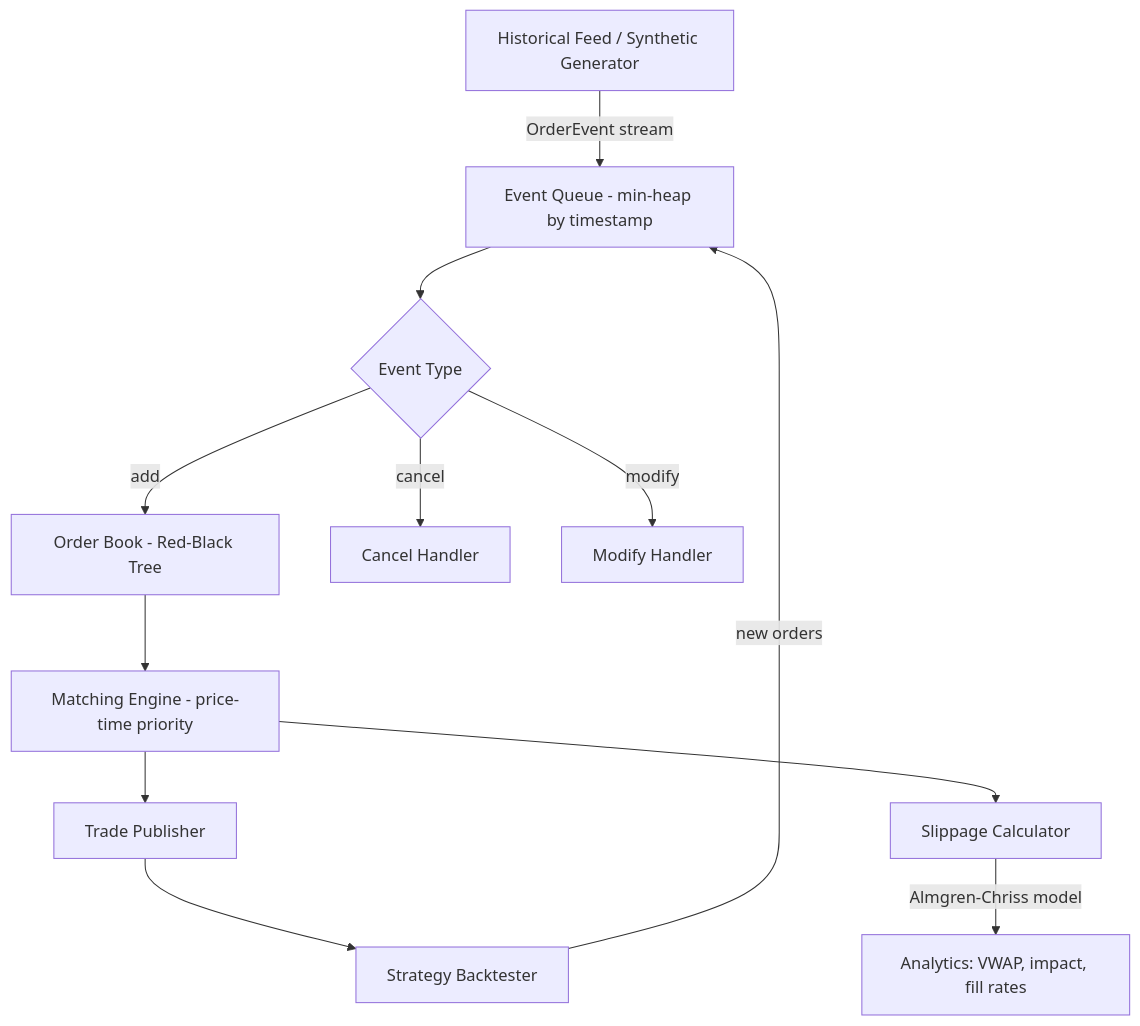
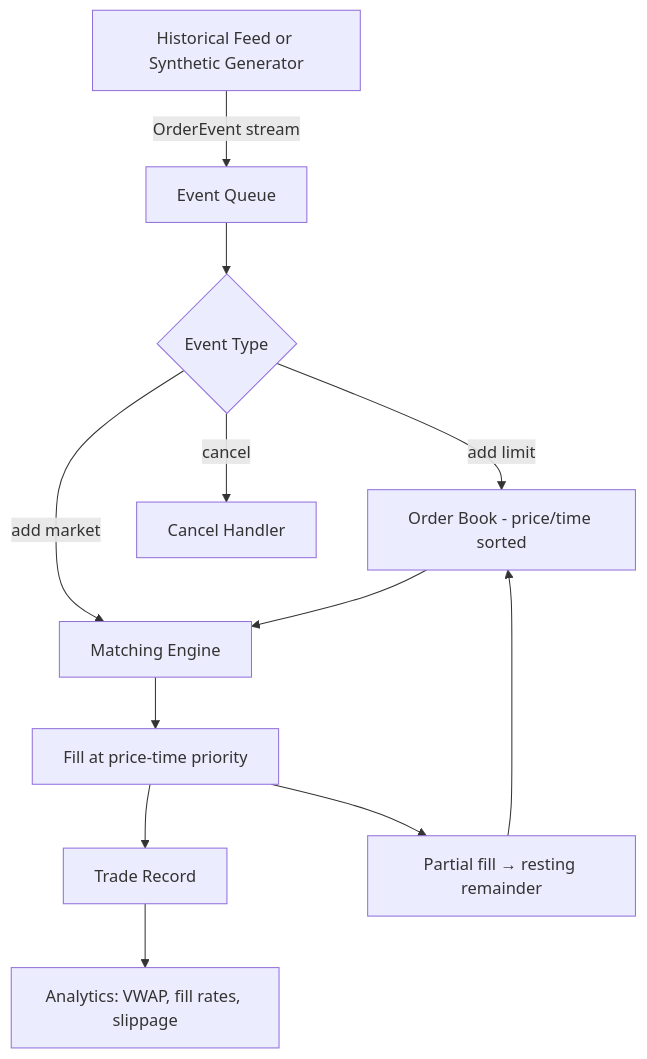
Before and after one commit to jrajath94/orderbook-simulator: the diagram in README.md, drawn with Mermaid. The commit also changed other lines of this file and 2 other files, not shown here.

````diff
--- a/README.md
+++ b/README.md
@@ -32,14 +16,14 @@
 ```mermaid
 graph TD
-    A[Historical Feed / Synthetic Generator] -->|OrderEvent stream| B[Event Queue - min-heap by timestamp]
+    A[Historical Feed or Synthetic Generator] -->|OrderEvent stream| B[Event Queue]
     B --> C{Event Type}
-    C -->|add| D[Order Book - Red-Black Tree]
-    C -->|cancel| E[Cancel Handler]
-    C -->|modify| F[Modify Handler]
-    D --> G[Matching Engine - price-time priority]
-    G --> H[Trade Publisher]
-    G --> I[Slippage Calculator]
-    I -->|Almgren-Chriss model| J[Analytics: VWAP, impact, fill rates]
-    H --> K[Strategy Backtester]
-    K -->|new orders| B
+    C -->|add limit| D[Order Book - price/time sorted]
+    C -->|add market| E[Matching Engine]
+    C -->|cancel| F[Cancel Handler]
+    D --> E
+    E --> G[Fill at price-time priority]
+    G --> H[Trade Record]
+    G --> I[Partial fill → resting remainder]
+    H --> J[Analytics: VWAP, fill rates, slippage]
+    I --> D
 ```
````
